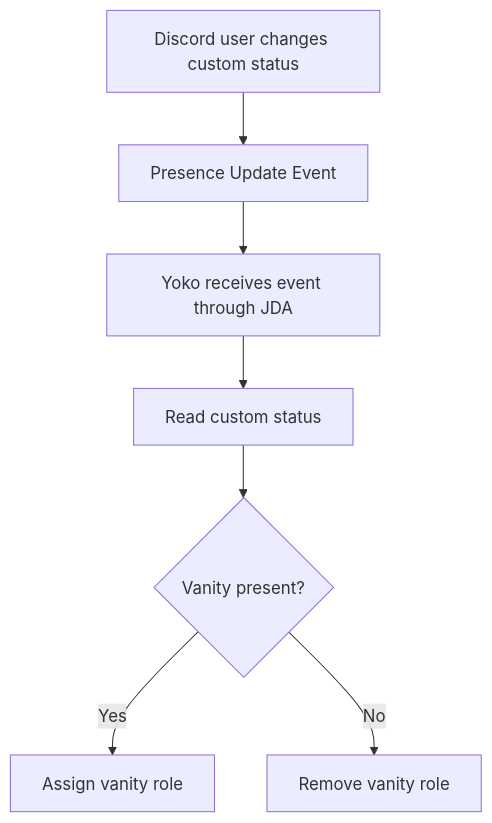
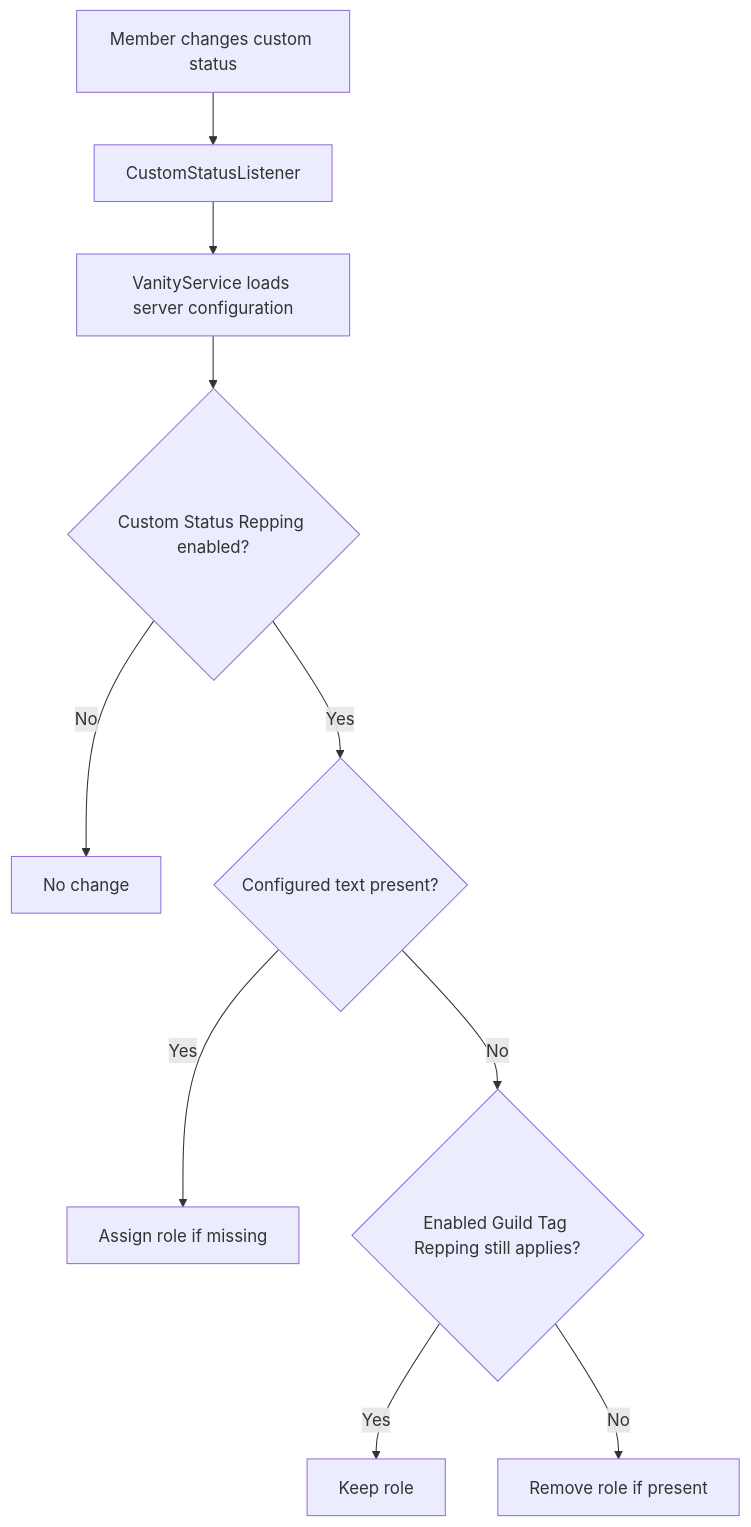
One commit to xq-ren/yoko-public changed the first of 2 diagrams in README.md. Above: the diagram before and after it, drawn with Mermaid. The commit also changed other lines of this file, not shown here.

````diff
--- a/README.md
+++ b/README.md
@@ -52,10 +109,15 @@
 ```mermaid
 flowchart TD
-    A[Discord user changes custom status] --> B[Presence Update Event]
-    B --> C[Yoko receives event through JDA]
-    C --> D[Read custom status]
-    D --> E{Vanity present?}
+    A[Member changes custom status] --> B[CustomStatusListener]
+    B --> C[VanityService loads server configuration]
+    C --> D{Custom Status Repping enabled?}
 
-    E -->|Yes| F[Assign vanity role]
-    E -->|No| G[Remove vanity role]
+    D -->|No| E[No change]
+    D -->|Yes| F{Configured text present?}
+
+    F -->|Yes| G[Assign role if missing]
+    F -->|No| H{Enabled Guild Tag Repping still applies?}
+
+    H -->|Yes| I[Keep role]
+    H -->|No| J[Remove role if present]
 ```
````
